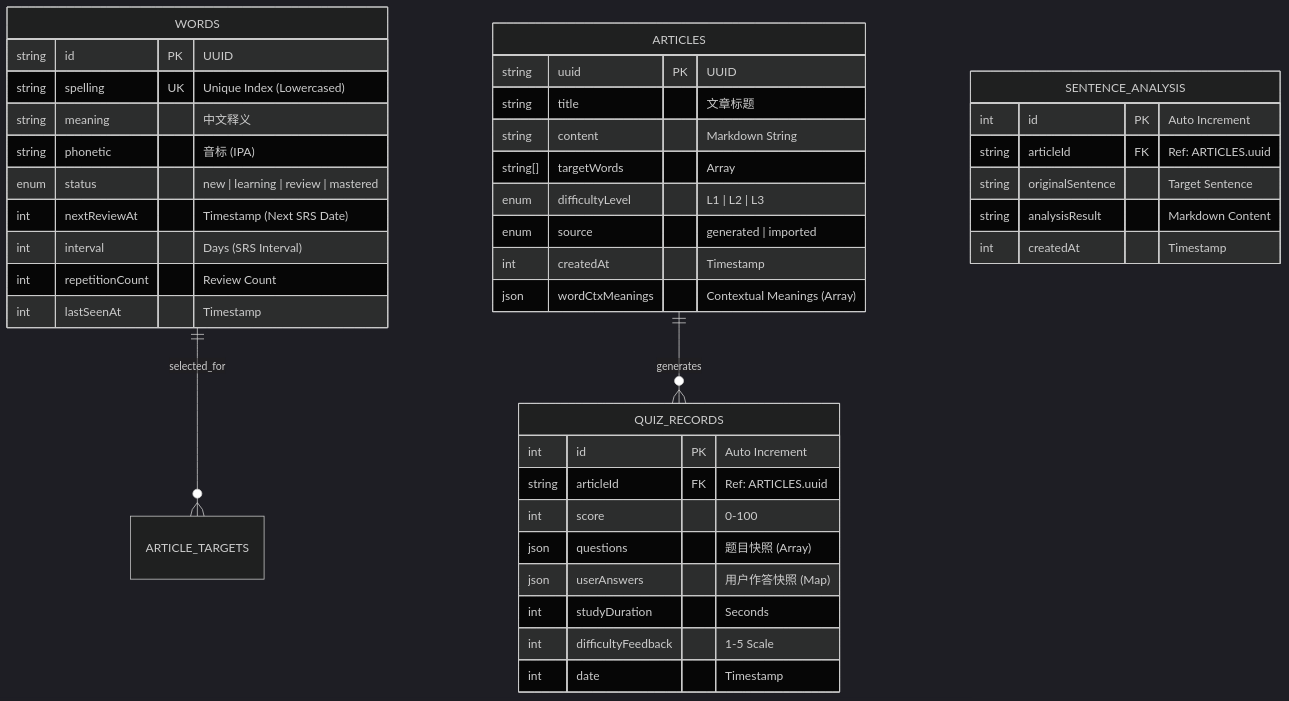
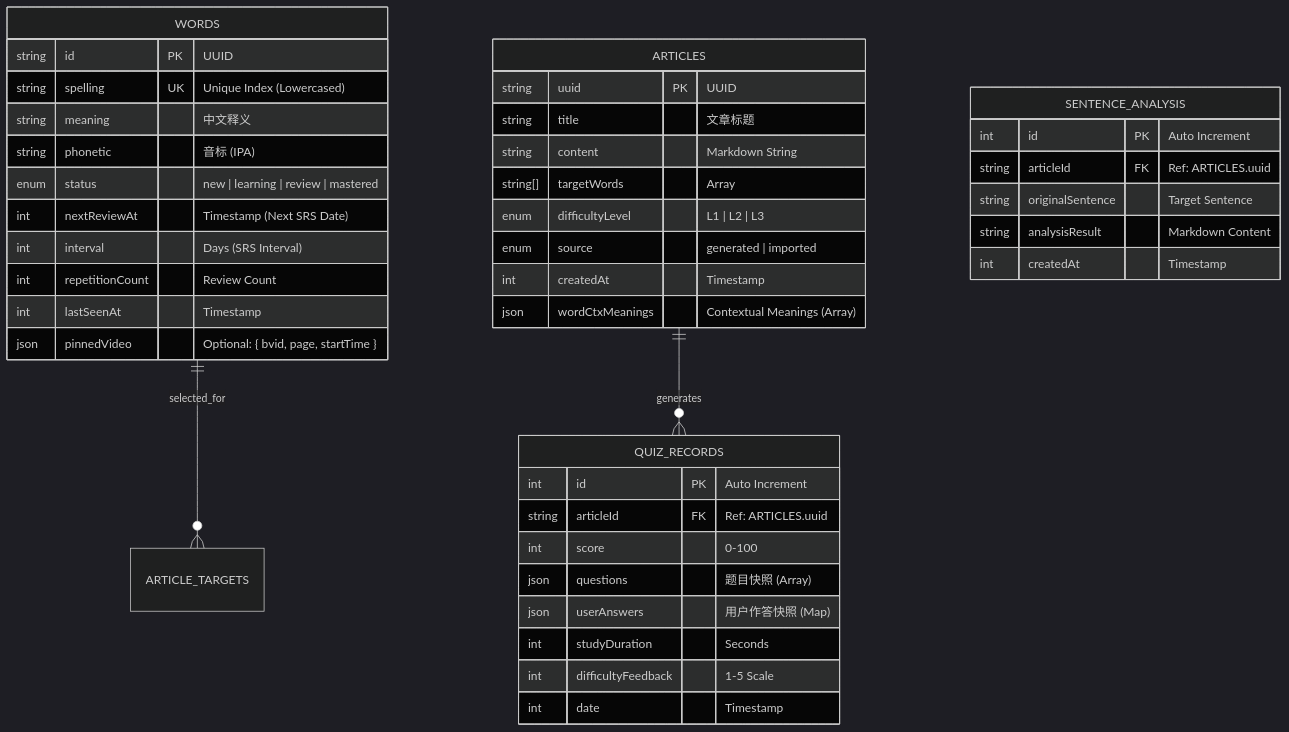
The diagram in ARCHITECTURE.md (noguess/smartread), drawn with Mermaid (dark theme) before and after one commit. The commit also changed 5 other files, not shown here.

````diff
--- a/ARCHITECTURE.md
+++ b/ARCHITECTURE.md
@@ -37,47 +37,48 @@
 ```mermaid
 erDiagram
     WORDS ||--o{ ARTICLE_TARGETS : "selected_for"
     ARTICLES ||--o{ QUIZ_RECORDS : "generates"
     
     WORDS {
         string id PK "UUID"
         string spelling UK "Unique Index (Lowercased)"
         string meaning "中文释义"
         string phonetic "音标 (IPA)"
         enum status "new | learning | review | mastered"
         int nextReviewAt "Timestamp (Next SRS Date)"
         int interval "Days (SRS Interval)"
         int repetitionCount "Review Count"
         int lastSeenAt "Timestamp"
+        json pinnedVideo "Optional: { bvid, page, startTime }"
     }
 
     ARTICLES {
         string uuid PK "UUID"
         string title "文章标题"
         string content "Markdown String"
         string[] targetWords "Array<Word.spelling>"
         enum difficultyLevel "L1 | L2 | L3"
         enum source "generated | imported"
         int createdAt "Timestamp"
         json wordCtxMeanings "Contextual Meanings (Array)"
     }
 
     QUIZ_RECORDS {
         int id PK "Auto Increment"
         string articleId FK "Ref: ARTICLES.uuid"
         int score "0-100"
         json questions "题目快照 (Array)"
         json userAnswers "用户作答快照 (Map)"
         int studyDuration "Seconds"
         int difficultyFeedback "1-5 Scale"
         int date "Timestamp"
     }
 
     SENTENCE_ANALYSIS {
         int id PK "Auto Increment"
         string articleId FK "Ref: ARTICLES.uuid"
         string originalSentence "Target Sentence"
         string analysisResult "Markdown Content"
         int createdAt "Timestamp"
     }
 ```
````
